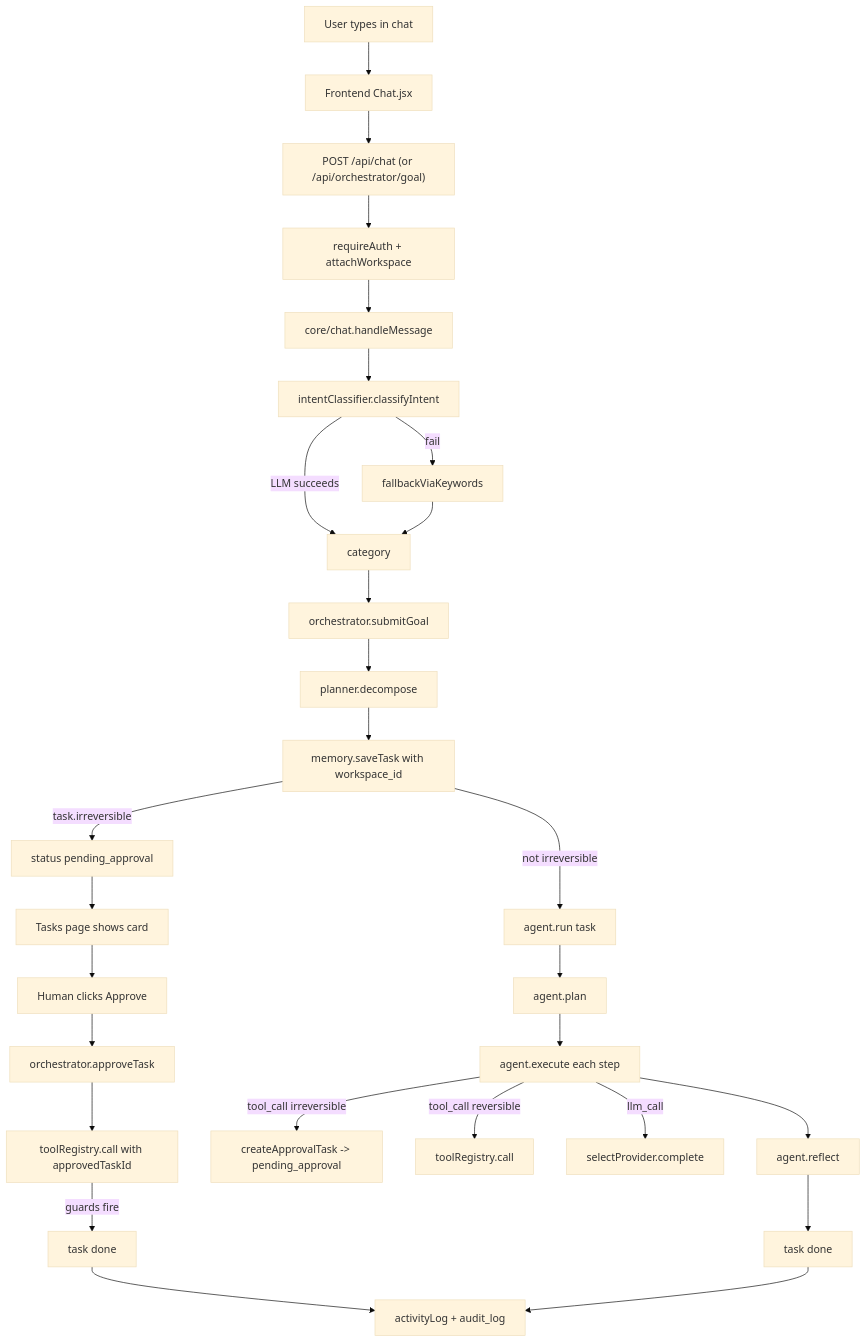
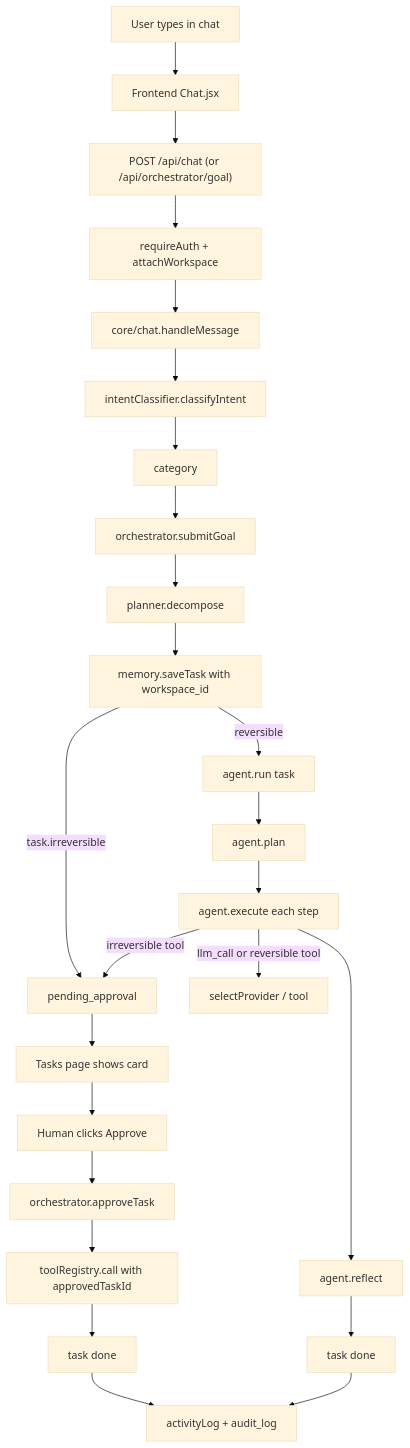
The diagram in docs/architecture.md (FuseiniZackaria/Codecraft-ai-agent), drawn with Mermaid (base theme) before and after one commit. The commit also changed other lines of this file and 16 other files, not shown here.

````diff
--- a/docs/architecture.md
+++ b/docs/architecture.md
@@ -28,30 +27,27 @@
 ```mermaid
 flowchart TD
     U[User types in chat] --> F[Frontend Chat.jsx]
     F --> R["POST /api/chat (or /api/orchestrator/goal)"]
     R --> AU[requireAuth + attachWorkspace]
     AU --> CH[core/chat.handleMessage]
     CH --> IC[intentClassifier.classifyIntent]
-    IC -->|LLM succeeds| CAT[category]
-    IC -->|fail| KW[fallbackViaKeywords]
-    KW --> CAT
+    IC --> CAT[category]
     CAT --> ORC[orchestrator.submitGoal]
     ORC --> PL[planner.decompose]
     PL --> ST[memory.saveTask with workspace_id]
-    ST -->|task.irreversible| APPQ[status pending_approval]
+    ST -->|task.irreversible| APPQ[pending_approval]
     APPQ --> UI[Tasks page shows card]
     UI --> HU[Human clicks Approve]
     HU --> APP[orchestrator.approveTask]
     APP --> TR[toolRegistry.call with approvedTaskId]
-    TR -->|guards fire| DN[task done]
-    ST -->|not irreversible| RUN[agent.run task]
+    TR --> DN[task done]
+    ST -->|reversible| RUN[agent.run task]
     RUN --> PLAN[agent.plan]
     PLAN --> EX[agent.execute each step]
-    EX -->|tool_call irreversible| APPQ2[createApprovalTask -> pending_approval]
-    EX -->|tool_call reversible| TR2[toolRegistry.call]
-    EX -->|llm_call| LLM[selectProvider.complete]
+    EX -->|irreversible tool| APPQ
+    EX -->|llm_call or reversible tool| LLM[selectProvider / tool]
     EX --> REF[agent.reflect]
     REF --> DN2[task done]
     DN --> LOG[activityLog + audit_log]
     DN2 --> LOG
 ```
````
